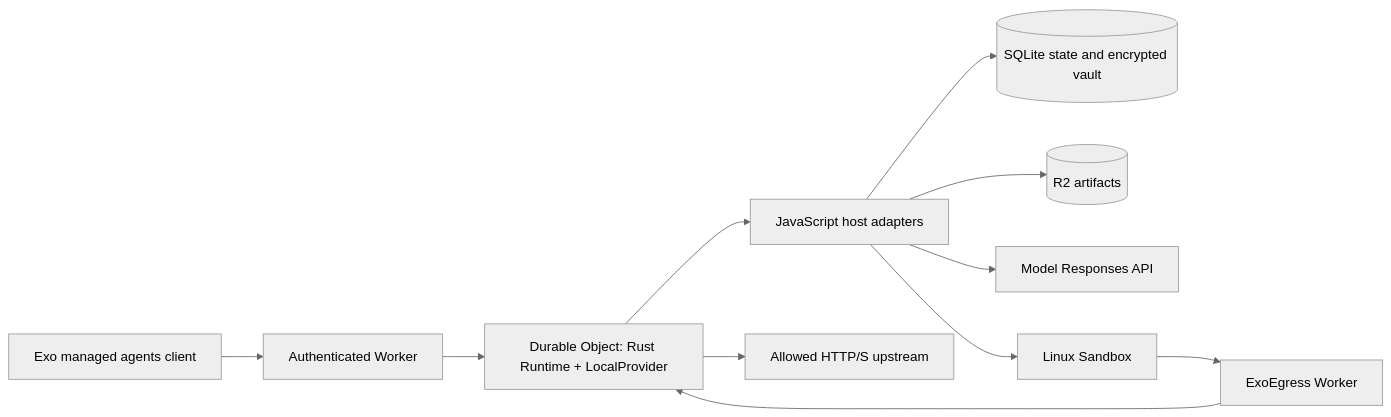
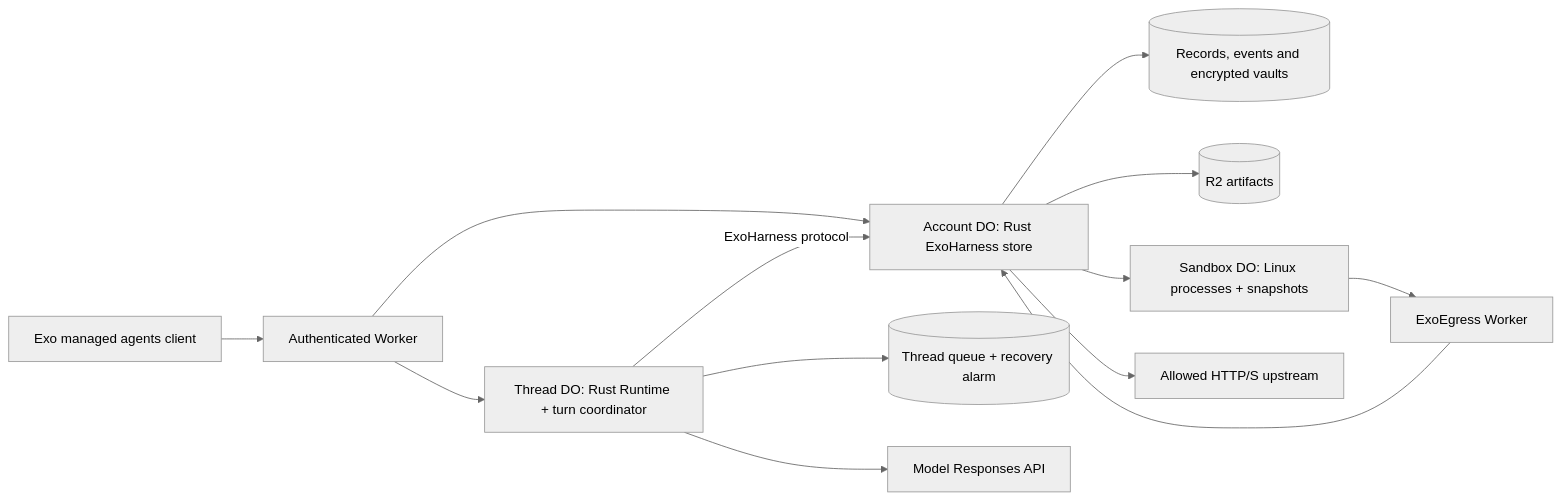
Before and after one commit to exoharness/exo: the diagram in exoharness/cloudflare/README.md, drawn with Mermaid (neutral theme). The commit also changed other lines of this file and 19 other files, not shown here.

Commit message:
Coordinate Cloudflare turns in per-thread Durable Objects

````diff
--- a/exoharness/cloudflare/README.md
+++ b/exoharness/cloudflare/README.md
@@ -5,13 +5,15 @@
 ```mermaid
 flowchart LR
   Client[Exo managed agents client] --> Worker[Authenticated Worker]
-  Worker --> Provider[Durable Object: Rust Runtime + LocalProvider]
-  Provider --> IO[JavaScript host adapters]
-  IO --> SQLite[(SQLite state and encrypted vault)]
-  IO --> R2[(R2 artifacts)]
-  IO --> Model[Model Responses API]
-  IO --> Sandbox[Linux Sandbox]
+  Worker --> Provider[Account DO: Rust ExoHarness store]
+  Worker --> Thread[Thread DO: Rust Runtime + turn coordinator]
+  Thread --> Queue[(Thread queue + recovery alarm)]
+  Thread -->|ExoHarness protocol| Provider
+  Provider --> SQLite[(Records, events and encrypted vaults)]
+  Provider --> R2[(R2 artifacts)]
+  Thread --> Model[Model Responses API]
+  Provider --> Sandbox[Sandbox DO: Linux processes + snapshots]
   Sandbox --> Egress[ExoEgress Worker]
   Egress --> Provider
   Provider --> Upstream[Allowed HTTP/S upstream]
 ```
````
